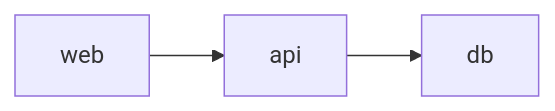
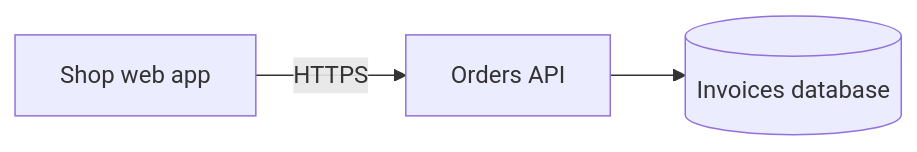
One commit to Deepta-AI/bearing changed the diagram in evals/client-deliverables/files/orders-repo/docs/design/orders-hld.md. Above: the diagram before and after it, drawn with Mermaid. The commit also changed 2734 other files, not shown here.

````diff
--- a/evals/client-deliverables/files/orders-repo/docs/design/orders-hld.md
+++ b/evals/client-deliverables/files/orders-repo/docs/design/orders-hld.md
@@ -11,4 +11,4 @@
 ```mermaid
 flowchart LR
-  web --> api --> db
+  web[Shop web app] -->|HTTPS| api[Orders API] --> db[(Invoices database)]
 ```
````
